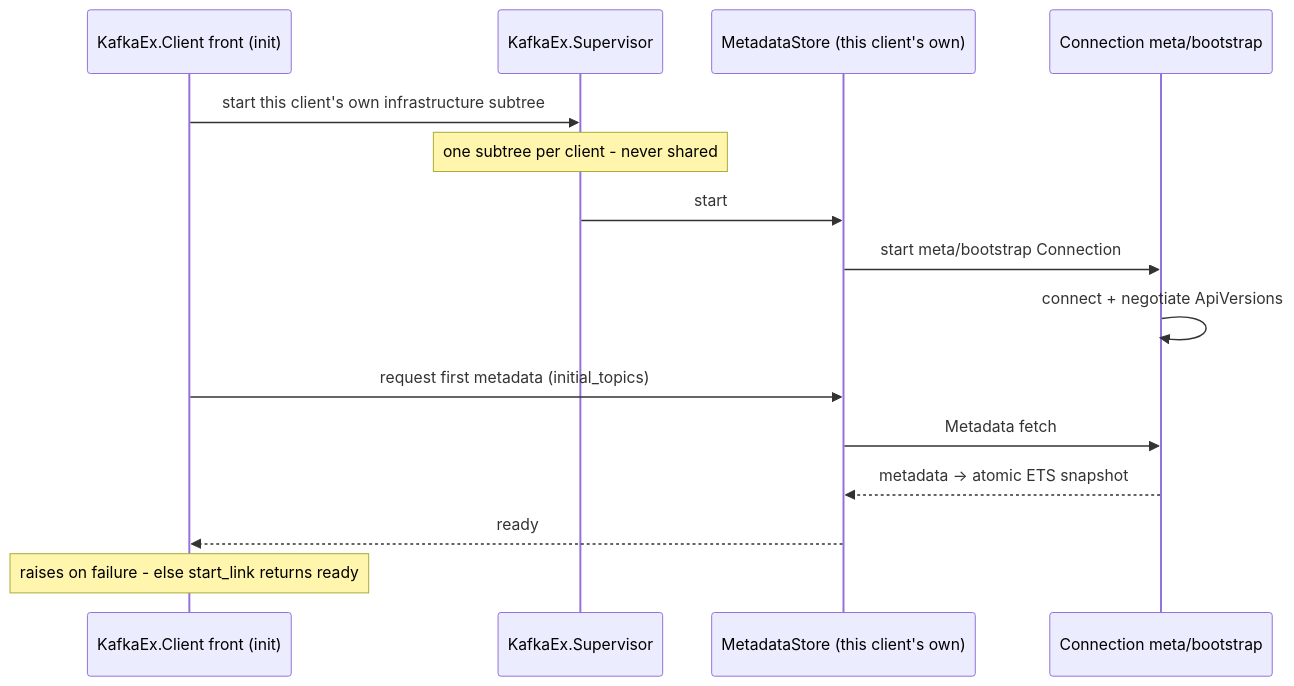
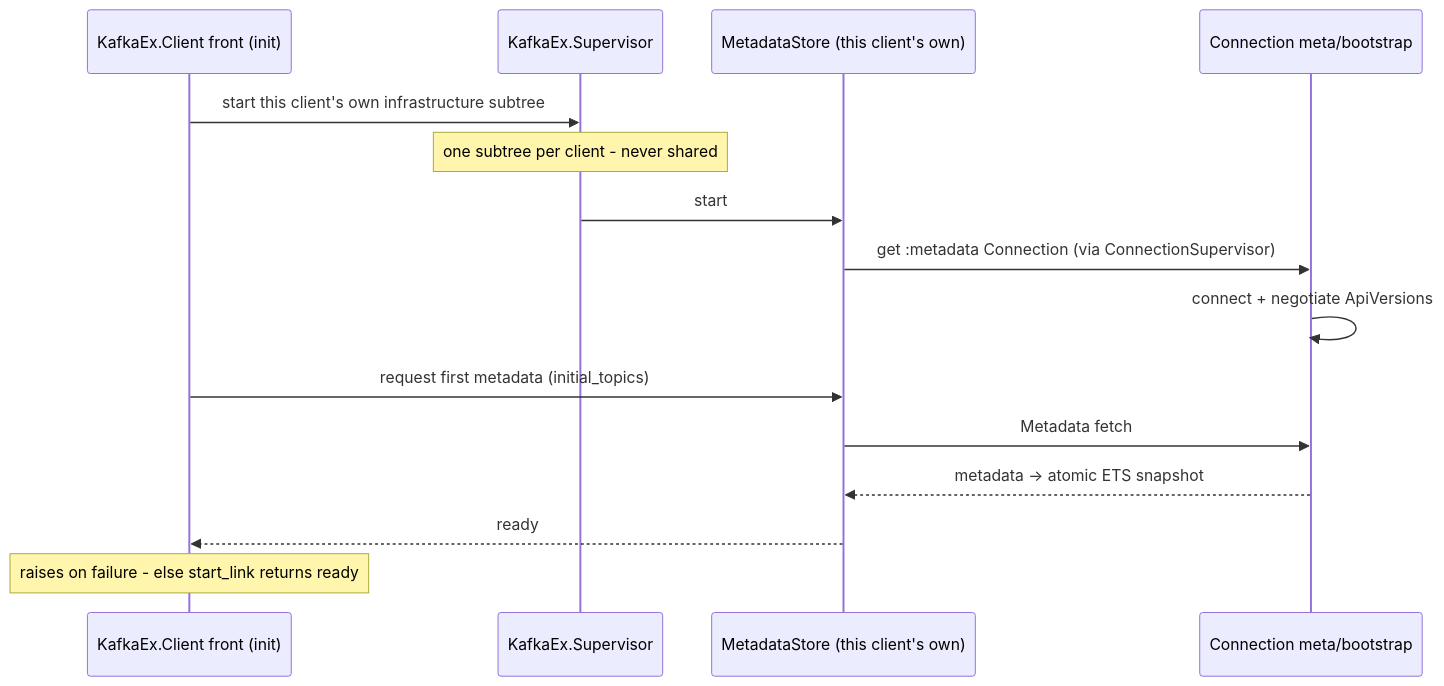
The eighth of 10 diagrams in docs/rfcs/0001-client-process-architecture.md (kafkaex/kafka_ex), drawn with Mermaid before and after one commit. The commit also changed other lines of this file, not shown here.

First line of the commit message:
docs(rfc-0001): review pass — metadata-conn ownership, drop ETS heir, tighten claims

````diff
--- a/docs/rfcs/0001-client-process-architecture.md
+++ b/docs/rfcs/0001-client-process-architecture.md
@@ -477,17 +482,17 @@
 ```mermaid
 sequenceDiagram
     participant Front as KafkaEx.Client front (init)
     participant Sup as KafkaEx.Supervisor
     participant Store as MetadataStore (this client's own)
     participant Meta as Connection meta/bootstrap
     Front->>Sup: start this client's own infrastructure subtree
     Note over Sup: one subtree per client - never shared
     Sup->>Store: start
-    Store->>Meta: start meta/bootstrap Connection
+    Store->>Meta: get :metadata Connection (via ConnectionSupervisor)
     Meta->>Meta: connect + negotiate ApiVersions
     Front->>Store: request first metadata (initial_topics)
     Store->>Meta: Metadata fetch
     Meta-->>Store: metadata -> atomic ETS snapshot
     Store-->>Front: ready
     Note over Front: raises on failure - else start_link returns ready
 ```
````
